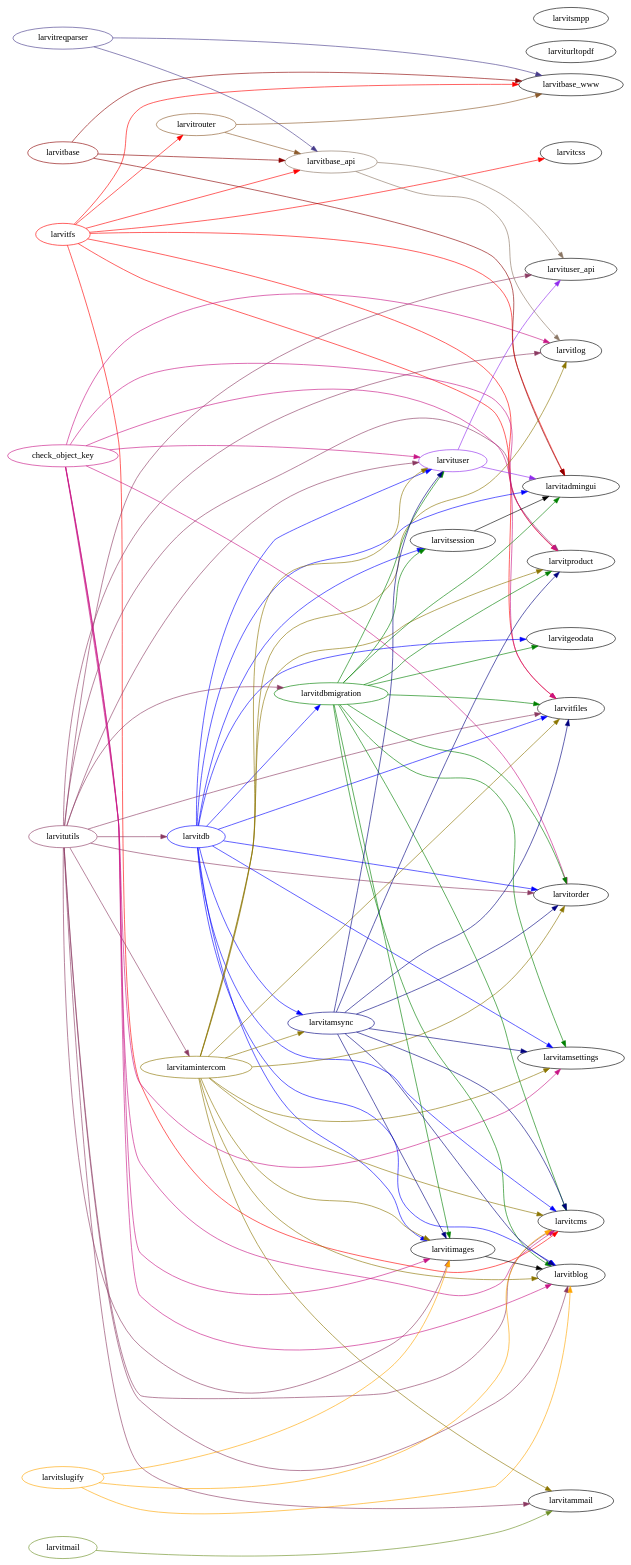
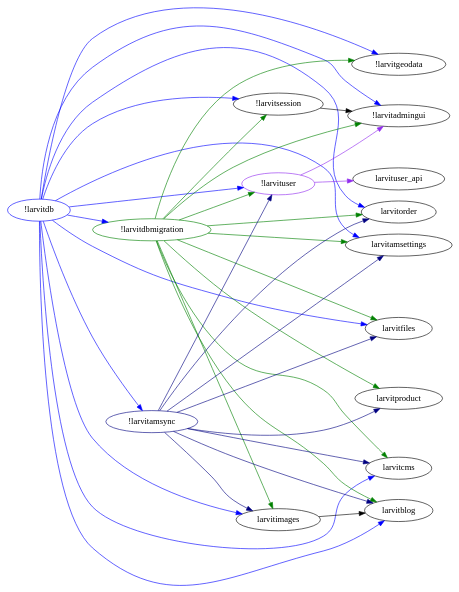
One commit to larvit/standards changed the diagram in dependencies.dot. Above: the diagram before and after it, drawn with Graphviz. The commit also changed 1 other file, not shown here.

```diff
--- a/dependencies.dot
+++ b/dependencies.dot
@@ -1,152 +1,70 @@
 digraph larvitlibs {
 	rank=same
 	rankdir=LR;
 
-	subgraph parents {
-		larvitfs [color = red]
-		larvitutils [color = hotpink4]
-		check_object_key [color = mediumvioletred]
-		larvitmail [color = olivedrab]
-		larvitslugify [color = orange]
-		larvitbase [color = red4]
-		larvitreqparser [color = slateblue4]
-	}
-
 	subgraph childs_1 {
-		larvitdb [color = blue]
-		larvitamintercom [color = gold4]
+		larvitdb [color = blue, label = "!larvitdb"]
 	}
 
 	subgraph childs_last {
 		larvituser_api
-		larviturltopdf
-		larvitsmpp
-		larvitadmingui
-		larvitlog
+		larvitadmingui [label = "!larvitadmingui"]
 		larvitproduct
-		larvitgeodata
+		larvitgeodata [label = "!larvitgeodata"]
 		larvitamsettings
 		larvitorder
 		larvitfiles
 		larvitcms
-		larvitbase_www
-		larvitammail
-		larvitcss
 	}
 
 	edge [style=invis, weight=2]
 
-	larvitdbmigration [color = green]
-	larvituser [color = purple2]
+	larvitdbmigration [color = green, label = "!larvitdbmigration"]
+	larvituser [color = purple2, label = "!larvituser"]
 	larvitimages
-	larvitsession
-	larvitamsync [color = navyblue]
-	larvitrouter [color = tan4]
-	larvitbase_api [color = peachpuff4]
+	larvitsession [label = "!larvitsession"]
+	larvitamsync [color = navyblue, label = "!larvitamsync"]
 
 	edge [style=solid, weight=1]
-	larvitfs -> larvitbase_www [color = red]
-	larvitfs -> larvitbase_api [color = red]
-	larvitfs -> larvitcms [color = red]
-	larvitfs -> larvitfiles [color = red]
-	larvitfs -> larvitcss [color = red]
-	larvitfs -> larvitrouter [color = red]
-	larvitfs -> larvitadmingui [color = red]
-	larvitfs -> larvitproduct [color = red]
-
-	larvitutils -> larvitlog [color = hotpink4]
-	larvitutils -> larvituser_api [color = hotpink4]
-	larvitutils -> larvitcms [color = hotpink4]
-	larvitutils -> larvitdbmigration [color = hotpink4]
-	larvitutils -> larvitamintercom [color = hotpink4]
-	larvitutils -> larvitorder [color = hotpink4]
-	larvitutils -> larvitfiles [color = hotpink4]
-	larvitutils -> larvitdb [color = hotpink4]
-	larvitutils -> larvitimages [color = hotpink4]
-	larvitutils -> larvituser [color = hotpink4]
-	larvitutils -> larvitproduct [color = hotpink4]
-	larvitutils -> larvitblog [color = hotpink4]
-	larvitutils -> larvitammail [color = hotpink4]
-
-	check_object_key -> larvitlog [color = mediumvioletred]
-	check_object_key -> larvitblog [color = mediumvioletred]
-	check_object_key -> larvitfiles [color = mediumvioletred]
-	check_object_key -> larvituser [color = mediumvioletred]
-	check_object_key -> larvitimages [color = mediumvioletred]
-	check_object_key -> larvitproduct [color = mediumvioletred]
-	check_object_key -> larvitorder [color = mediumvioletred]
-	check_object_key -> larvitcms [color = mediumvioletred]
-	check_object_key -> larvitamsettings [color = mediumvioletred]
 
 	larvitdb -> larvitadmingui [color = blue]
 	larvitdb -> larvituser [color = blue]
 	larvitdb -> larvitblog [color = blue]
 	larvitdb -> larvitgeodata [color = blue]
 	larvitdb -> larvitfiles [color = blue]
 	larvitdb -> larvitdbmigration [color = blue]
 	larvitdb -> larvitsession [color = blue]
 	larvitdb -> larvitimages [color = blue]
 	larvitdb -> larvitamsettings [color = blue]
 	larvitdb -> larvitamsync [color = blue]
 	larvitdb -> larvitorder [color = blue]
 	larvitdb -> larvitcms [color = blue]
-
-	larvitbase -> larvitbase_www [color = red4]
-	larvitbase -> larvitadmingui [color = red4]
-	larvitbase -> larvitbase_api [color = red4]
 
 	larvitdbmigration -> larvitadmingui [color = green]
 	larvitdbmigration -> larvitcms [color = green]
 	larvitdbmigration -> larvituser [color = green]
 	larvitdbmigration -> larvitblog [color = green]
 	larvitdbmigration -> larvitgeodata [color = green]
 	larvitdbmigration -> larvitfiles [color = green]
 	larvitdbmigration -> larvitsession [color = green]
 	larvitdbmigration -> larvitimages [color = green]
 	larvitdbmigration -> larvitamsettings [color = green]
 	larvitdbmigration -> larvitorder [color = green]
 	larvitdbmigration -> larvitproduct [color = green]
 
 	larvituser -> larvitadmingui [color = purple2]
 	larvituser -> larvituser_api [color = purple2]
 
 	larvitimages -> larvitblog
 
 	larvitsession -> larvitadmingui
 
-	larvitamintercom -> larvitlog [color = gold4]
-	larvitamintercom -> larvitfiles [color = gold4]
-	larvitamintercom -> larvitblog [color = gold4]
-	larvitamintercom -> larvitproduct [color = gold4]
-	larvitamintercom -> larvitorder [color = gold4]
-	larvitamintercom -> larvitamsettings [color = gold4]
-	larvitamintercom -> larvitamsync [color = gold4]
-	larvitamintercom -> larvituser [color = gold4]
-	larvitamintercom -> larvitimages [color = gold4]
-	larvitamintercom -> larvitcms [color = gold4]
-	larvitamintercom -> larvitammail [color = gold4]
-
 	larvitamsync -> larvitfiles [color = navyblue]
 	larvitamsync -> larvitblog [color = navyblue]
 	larvitamsync -> larvitproduct [color = navyblue]
 	larvitamsync -> larvitorder [color = navyblue]
 	larvitamsync -> larvitamsettings [color = navyblue]
 	larvitamsync -> larvituser [color = navyblue]
 	larvitamsync -> larvitimages [color = navyblue]
 	larvitamsync -> larvitcms [color = navyblue]
-
-	larvitreqparser -> larvitbase_www [color = slateblue4]
-	larvitreqparser -> larvitbase_api [color = slateblue4]
-
-	larvitrouter -> larvitbase_www [color = tan4]
-	larvitrouter -> larvitbase_api [color = tan4]
-
-	larvitbase_api -> larvitlog [color = peachpuff4]
-	larvitbase_api -> larvituser_api [color = peachpuff4]
-
-	larvitslugify -> larvitcms [color = orange]
-	larvitslugify -> larvitimages [color = orange]
-	larvitslugify -> larvitblog [color = orange]
-
-	larvitmail -> larvitammail [color = olivedrab]
 }
```
